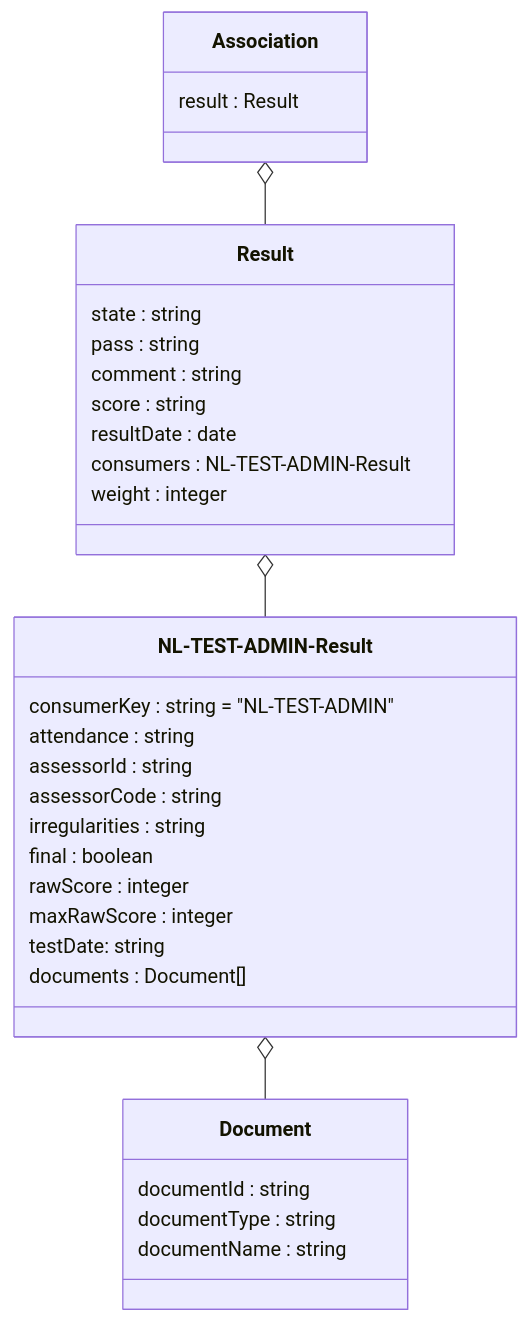
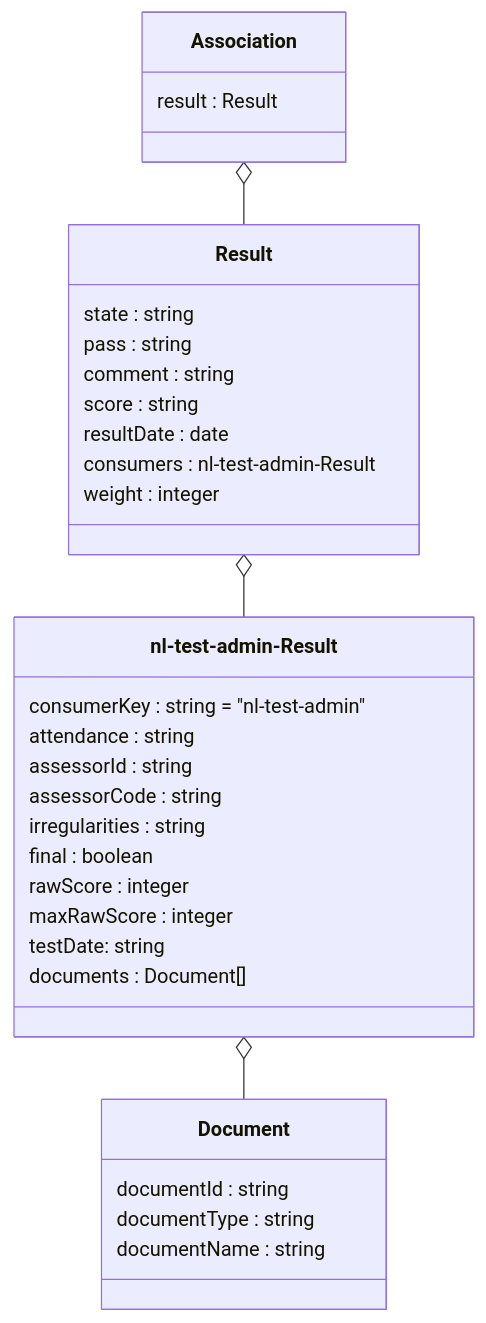
Before and after one commit to NetwerkExamineringDigitalisering/NED-OOAPI: the second of 6 diagrams in doc/flow3.md, drawn with Mermaid. The commit also changed other lines of this file and 26 other files, not shown here.

````diff
--- a/doc/flow3.md
+++ b/doc/flow3.md
@@ -22,35 +22,35 @@
 ```mermaid
 classDiagram
   class Association {
   	result : Result
   }
   class Result {
     state : string
     pass : string
     comment : string
     score : string
     resultDate : date
-    consumers : NL-TEST-ADMIN-Result
+    consumers : nl-test-admin-Result
     weight : integer
   }
-  class `NL-TEST-ADMIN-Result` {
-   	consumerKey : string = "NL-TEST-ADMIN"
+  class `nl-test-admin-Result` {
+   	consumerKey : string = "nl-test-admin"
     attendance : string
     assessorId : string
     assessorCode : string 
     irregularities : string
     final : boolean 
     rawScore : integer 
     maxRawScore : integer
     testDate: string
     documents : Document[]
   }
   class Document {
     documentId : string
     documentType : string
     documentName : string
   }
   Association o-- Result
-  Result o-- `NL-TEST-ADMIN-Result`
-  `NL-TEST-ADMIN-Result` o-- Document
+  Result o-- `nl-test-admin-Result`
+  `nl-test-admin-Result` o-- Document
 ```
````
